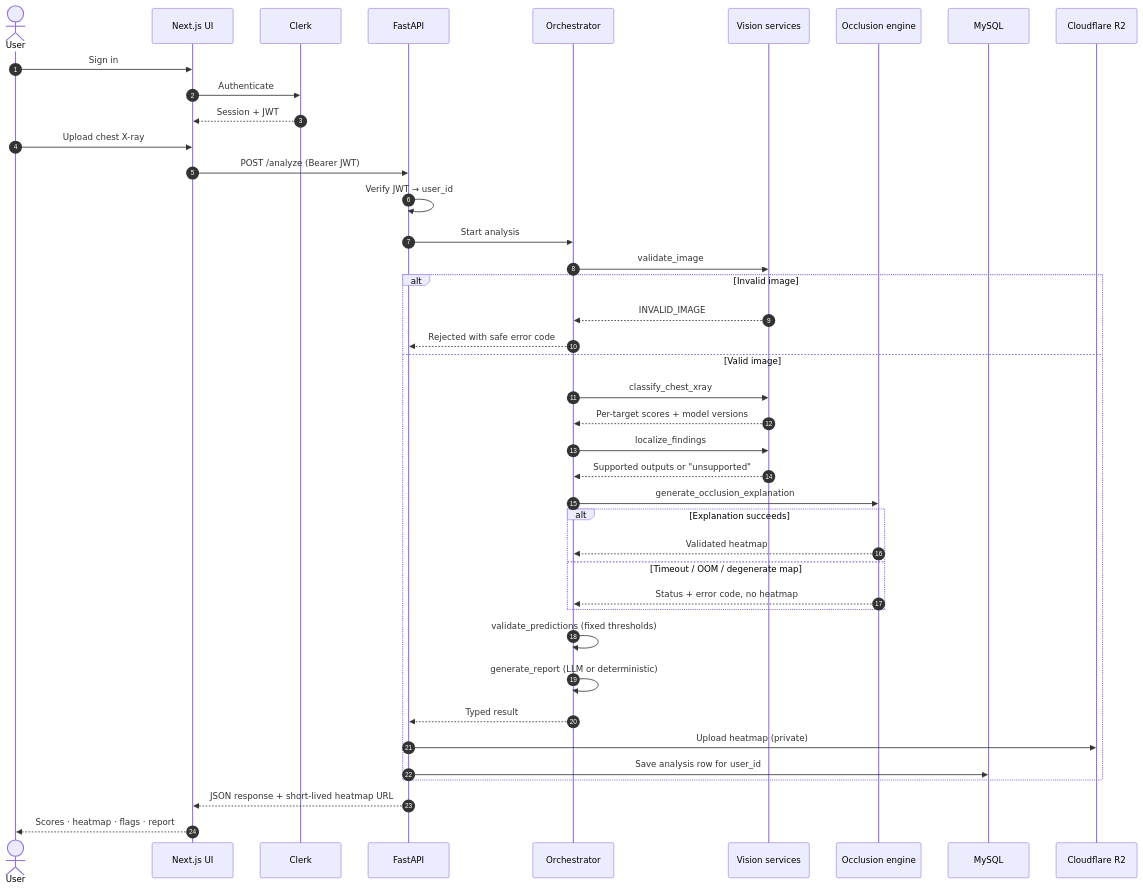
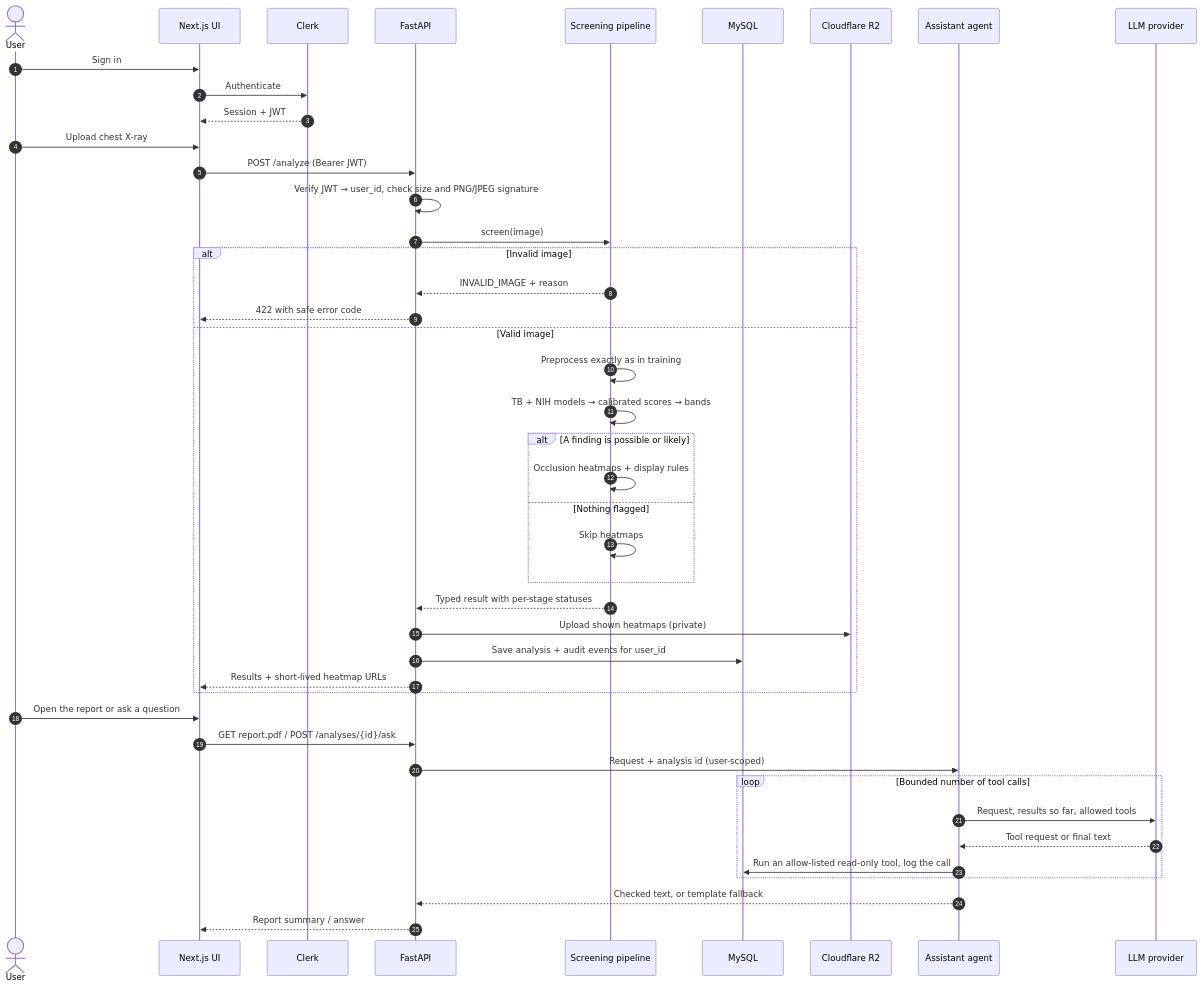
Before and after one commit to Fy1zN/pneumyst-ai: the second of 5 diagrams in README.md, drawn with Mermaid. The commit also changed other lines of this file and 1 other file, not shown here.

First line of the commit message:
Document backend step 1 and the assistant agent design

````diff
--- a/README.md
+++ b/README.md
@@ -176,44 +173,47 @@
 ```mermaid
 sequenceDiagram
     autonumber
     actor User
     participant UI as Next.js UI
     participant Clerk
     participant API as FastAPI
-    participant Agent as Orchestrator
-    participant CV as Vision services
-    participant XAI as Occlusion engine
+    participant P as Screening pipeline
     participant DB as MySQL
     participant R2 as Cloudflare R2
+    participant Agent as Assistant agent
+    participant LLM as LLM provider
 
     User->>UI: Sign in
     UI->>Clerk: Authenticate
     Clerk-->>UI: Session + JWT
     User->>UI: Upload chest X-ray
     UI->>API: POST /analyze (Bearer JWT)
-    API->>API: Verify JWT → user_id
-    API->>Agent: Start analysis
-    Agent->>CV: validate_image
+    API->>API: Verify JWT → user_id, check size and PNG/JPEG signature
+    API->>P: screen(image)
     alt Invalid image
-        CV-->>Agent: INVALID_IMAGE
-        Agent-->>API: Rejected with safe error code
+        P-->>API: INVALID_IMAGE + reason
+        API-->>UI: 422 with safe error code
     else Valid image
-        Agent->>CV: classify_chest_xray
-        CV-->>Agent: Per-target scores + model versions
-        Agent->>CV: localize_findings
-        CV-->>Agent: Supported outputs or "unsupported"
-        Agent->>XAI: generate_occlusion_explanation
-        alt Explanation succeeds
-            XAI-->>Agent: Validated heatmap
-        else Timeout / OOM / degenerate map
-            XAI-->>Agent: Status + error code, no heatmap
+        P->>P: Preprocess exactly as in training
+        P->>P: TB + NIH models → calibrated scores → bands
+        alt A finding is possible or likely
+            P->>P: Occlusion heatmaps + display rules
+        else Nothing flagged
+            P->>P: Skip heatmaps
         end
-        Agent->>Agent: validate_predictions (fixed thresholds)
-        Agent->>Agent: generate_report (LLM or deterministic)
-        Agent-->>API: Typed result
-        API->>R2: Upload heatmap (private)
-        API->>DB: Save analysis row for user_id
+        P-->>API: Typed result with per-stage statuses
+        API->>R2: Upload shown heatmaps (private)
+        API->>DB: Save analysis + audit events for user_id
+        API-->>UI: Results + short-lived heatmap URLs
     end
-    API-->>UI: JSON response + short-lived heatmap URL
-    UI-->>User: Scores · heatmap · flags · report
+    User->>UI: Open the report or ask a question
+    UI->>API: GET report.pdf / POST /analyses/{id}/ask
+    API->>Agent: Request + analysis id (user-scoped)
+    loop Bounded number of tool calls
+        Agent->>LLM: Request, results so far, allowed tools
+        LLM-->>Agent: Tool request or final text
+        Agent->>DB: Run an allow-listed read-only tool, log the call
+    end
+    Agent-->>API: Checked text, or template fallback
+    API-->>UI: Report summary / answer
 ```
````
